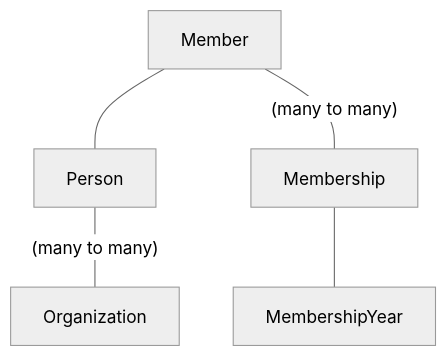
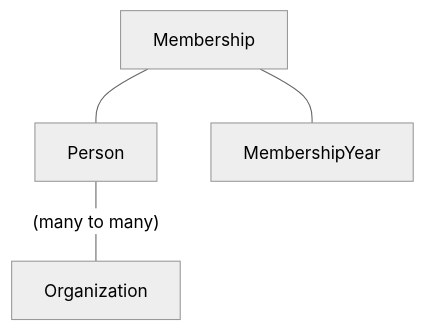
One commit to klyngeorg/studio changed the diagram in README.md. Above: the diagram before and after it, drawn with Mermaid (neutral theme). The commit also changed other lines of this file and 2 other files, not shown here.

````diff
--- a/README.md
+++ b/README.md
@@ -10,16 +12,14 @@
 ```mermaid
-  graph TD;
-    Member
-    Member---Person
-    Member-- "(many to many)" ---Membership
+graph TD;
+    Membership---Person
 
     Person
     Person-- "(many to many)" ---Organization
 
     Organization
 
     Membership
     Membership---MembershipYear
 
     MembershipYear
 ```
````
